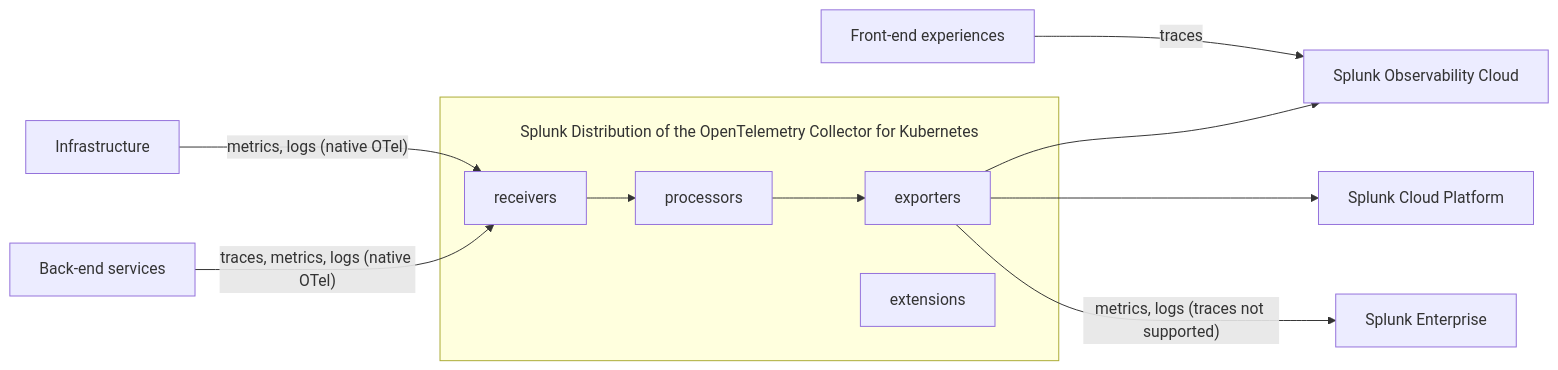
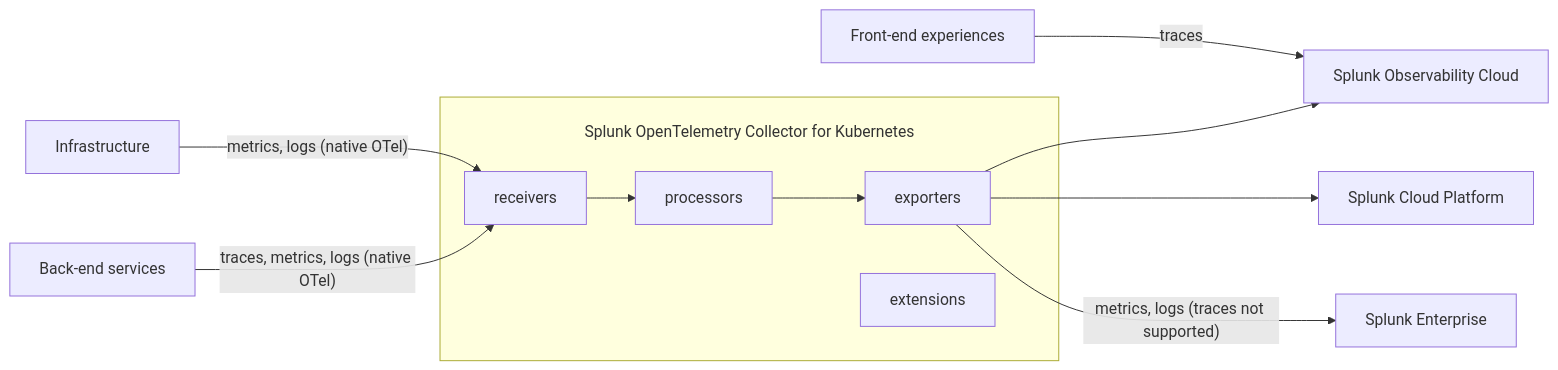
Before and after one commit to splunk/public-o11y-docs: the first of 2 diagrams in gdi/opentelemetry/opentelemetry.rst, drawn with Mermaid. The commit also changed other lines of this file, not shown here.

Commit message:
Minor correction

```diff
--- a/gdi/opentelemetry/opentelemetry.rst
+++ b/gdi/opentelemetry/opentelemetry.rst
@@ -88,24 +88,24 @@
 .. mermaid::
   
   flowchart LR
 
     accTitle: Splunk Distribution of the OpenTelemetry Collector for Kubernetes diagram.
     accDescr: The Splunk Distribution of OpenTelemetry Collector contains receivers, processors, exporters, and extensions. Receivers gather metrics and logs from infrastructure, and metrics, traces, and logs from back-end applications. Receivers send data to processors, and processors send data to exporters. Exporters send data to Splunk Observability Cloud and Splunk Cloud Platform. Front-end experiences send data directly to Splunk Observability Cloud through RUM instrumentation.
 
-    subgraph "\nSplunk Distribution of the OpenTelemetry Collector for Kubernetes"
+    subgraph "\nSplunk OpenTelemetry Collector for Kubernetes"
     receivers
     processors
     exporters
     extensions
     end
 
     Infrastructure -- "metrics, logs (native OTel)" --> receivers
     B[Back-end services] -- "traces, metrics, logs (native OTel)" --> receivers
     C[Front-end experiences] -- "traces" --> S[Splunk Observability Cloud]
 
     receivers --> processors
     processors --> exporters
 
     exporters --> S[Splunk Observability Cloud]
     exporters --> P[Splunk Cloud Platform]
     exporters -- "metrics, logs (traces not supported)" --> U[Splunk Enterprise]
```
